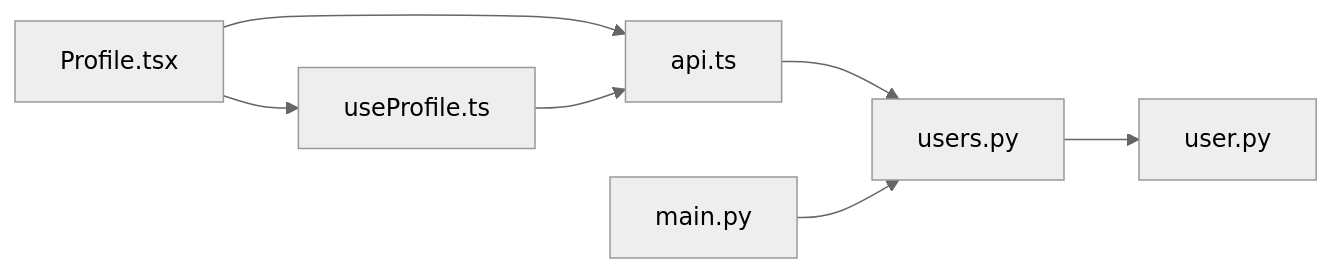
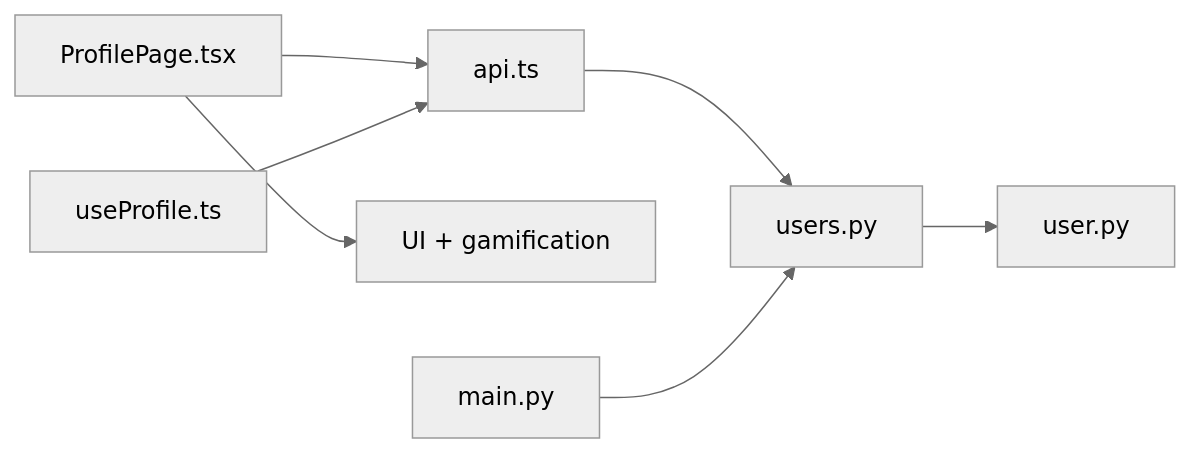
One commit to nilsnavi/fit_trackerpro changed the seventh of 7 diagrams in .qoder/repowiki/en/content/Frontend Component Architecture/Page Components/Profile Page.md. Above: the diagram before and after it, drawn with Mermaid (neutral theme). The commit also changed other lines of this file and 9 other files, not shown here.

First line of the commit message:
Профиль: один экран ProfilePage и актуализация документации qoder

````diff
--- a/.qoder/repowiki/en/content/Frontend Component Architecture/Page Components/Profile Page.md
+++ b/.qoder/repowiki/en/content/Frontend Component Architecture/Page Components/Profile Page.md
@@ -472,9 +462,9 @@
 ```mermaid
 graph LR
-Profile["Profile.tsx"] --> useProfile["useProfile.ts"]
-Profile --> api["api.ts"]
-useProfile --> api
+ProfilePage["ProfilePage.tsx"] --> api["api.ts"]
+ProfilePage --> ui["UI + gamification"]
+useProfile["useProfile.ts"] --> api
 api --> usersRouter["users.py"]
 usersRouter --> userModel["user.py"]
 main["main.py"] --> usersRouter
 ```
````
